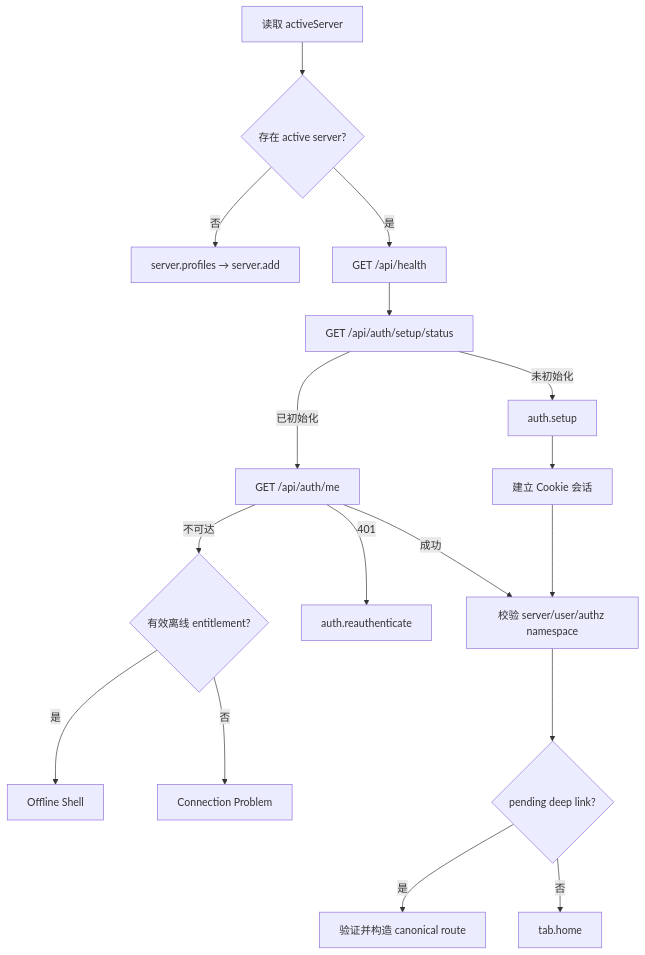
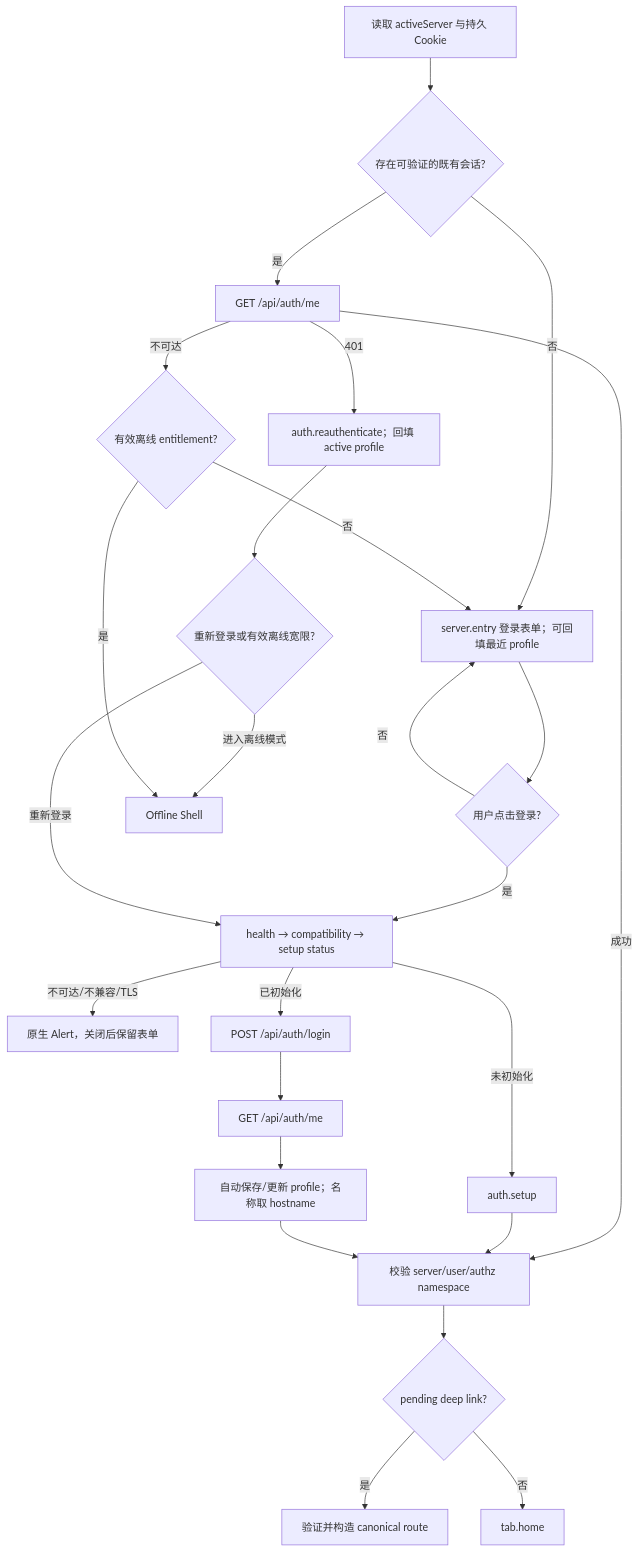
One commit to GMD170629/ermao-library changed the second of 3 diagrams in docs/mobile-app-phase-2-information-architecture.md. Above: the diagram before and after it, drawn with Mermaid. The commit also changed other lines of this file and 483 other files, not shown here.

Commit message:
feat: expand native mobile settings and library flows

````diff
--- a/docs/mobile-app-phase-2-information-architecture.md
+++ b/docs/mobile-app-phase-2-information-architecture.md
@@ -269,19 +265,27 @@
 ```mermaid
 flowchart TD
-    A["读取 activeServer"] --> B{"存在 active server?"}
-    B -- "否" --> C["server.profiles → server.add"]
-    B -- "是" --> D["GET /api/health"]
-    D --> E["GET /api/auth/setup/status"]
-    E -- "未初始化" --> F["auth.setup"]
-    E -- "已初始化" --> G["GET /api/auth/me"]
-    F --> H["建立 Cookie 会话"]
-    G -- "成功" --> I["校验 server/user/authz namespace"]
-    G -- "401" --> J["auth.reauthenticate"]
-    G -- "不可达" --> K{"有效离线 entitlement?"}
-    K -- "是" --> L["Offline Shell"]
-    K -- "否" --> M["Connection Problem"]
-    H --> I
-    I --> N{"pending deep link?"}
+    A["读取 activeServer 与持久 Cookie"] --> B{"存在可验证的既有会话?"}
+    B -- "否" --> C["server.entry 登录表单；可回填最近 profile"]
+    B -- "是" --> D["GET /api/auth/me"]
+    D -- "401" --> R["auth.reauthenticate；回填 active profile"]
+    C --> E{"用户点击登录?"}
+    E -- "否" --> C
+    E -- "是" --> F["health → compatibility → setup status"]
+    R --> RE{"重新登录或有效离线宽限?"}
+    RE -- "重新登录" --> F
+    RE -- "进入离线模式" --> M
+    F -- "不可达/不兼容/TLS" --> G["原生 Alert，关闭后保留表单"]
+    F -- "未初始化" --> H["auth.setup"]
+    F -- "已初始化" --> I["POST /api/auth/login"]
+    I --> J["GET /api/auth/me"]
+    D -- "成功" --> K["校验 server/user/authz namespace"]
+    D -- "不可达" --> L{"有效离线 entitlement?"}
+    L -- "是" --> M["Offline Shell"]
+    L -- "否" --> C
+    H --> K
+    J --> Q["自动保存/更新 profile；名称取 hostname"]
+    Q --> K
+    K --> N{"pending deep link?"}
     N -- "是" --> O["验证并构造 canonical route"]
     N -- "否" --> P["tab.home"]
 ```
````
